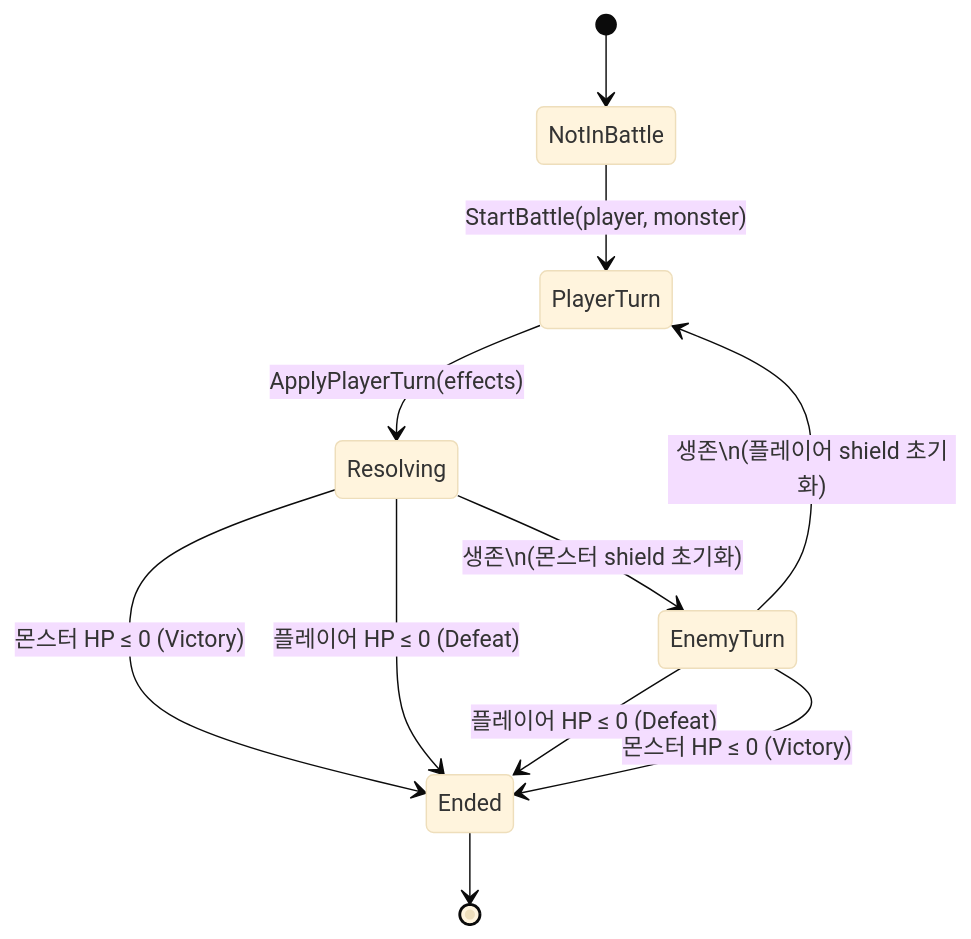
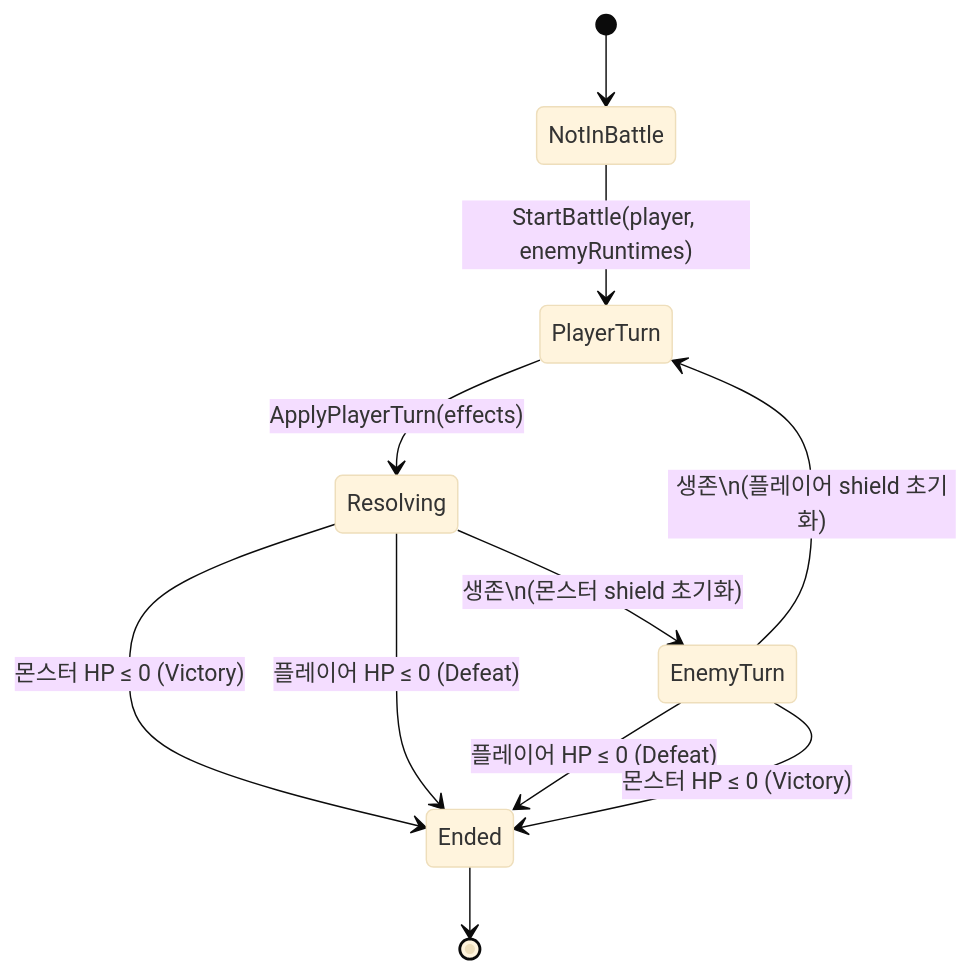
One commit to YooKyubin/SlotRogue changed the first of 5 diagrams in docs/design-docs/combat-core.md. Above: the diagram before and after it, drawn with Mermaid (base theme). The commit also changed other lines of this file and 22 other files, not shown here.

````diff
--- a/docs/design-docs/combat-core.md
+++ b/docs/design-docs/combat-core.md
@@ -33,16 +33,16 @@
 ```mermaid
 stateDiagram-v2
     [*] --> NotInBattle
-    NotInBattle --> PlayerTurn: StartBattle(player, monster)
+    NotInBattle --> PlayerTurn: StartBattle(player, enemyRuntimes)
 
     PlayerTurn --> Resolving: ApplyPlayerTurn(effects)
     Resolving --> Ended: 몬스터 HP ≤ 0 (Victory)
     Resolving --> Ended: 플레이어 HP ≤ 0 (Defeat)
     Resolving --> EnemyTurn: 생존\n(몬스터 shield 초기화)
 
     EnemyTurn --> Ended: 플레이어 HP ≤ 0 (Defeat)
     EnemyTurn --> Ended: 몬스터 HP ≤ 0 (Victory)
     EnemyTurn --> PlayerTurn: 생존\n(플레이어 shield 초기화)
 
     Ended --> [*]
 ```
````
